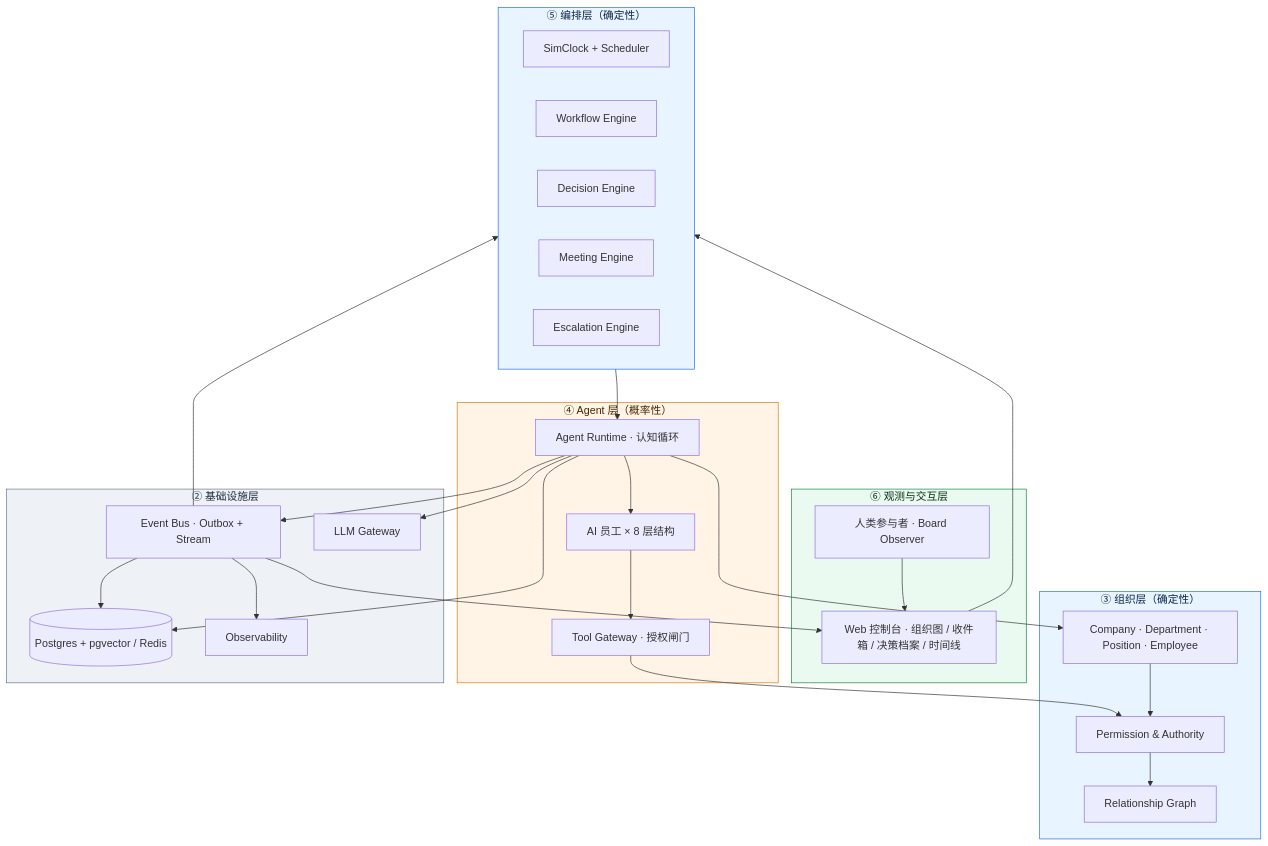
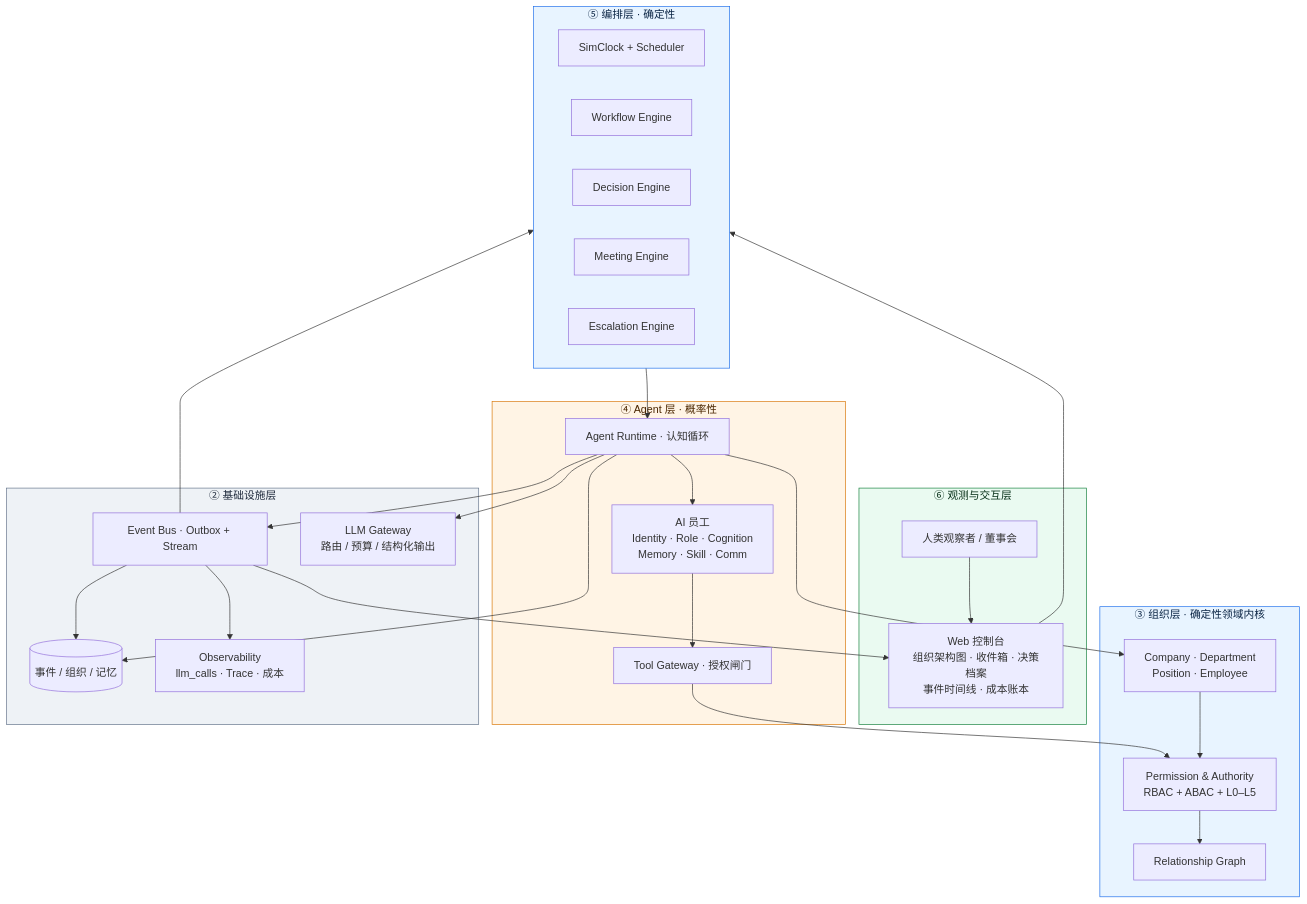
Before and after one commit to cnpetershen/Multi-Agent-Organizational-Emulation-Hub: the first of 2 diagrams in README.md, drawn with Mermaid. The commit also changed other lines of this file, not shown here.

````diff
--- a/README.md
+++ b/README.md
@@ -72,53 +76,58 @@
 ```mermaid
 flowchart TB
     subgraph OBS["⑥ 观测与交互层"]
-        WEB["Web 控制台 · 组织图 / 收件箱 / 决策档案 / 时间线"]
-        HUMAN["人类参与者 · Board Observer"]
+        WEB["Web 控制台<br/>组织架构图 · 收件箱 · 决策档案<br/>事件时间线 · 成本账本"]
+        HUMAN["人类观察者 / 董事会"]
     end
-    subgraph ORC["⑤ 编排层（确定性）"]
+
+    subgraph ORC["⑤ 编排层 · 确定性"]
         CLK["SimClock + Scheduler"]
         WF["Workflow Engine"]
         DEC["Decision Engine"]
         MTG["Meeting Engine"]
         ESC["Escalation Engine"]
     end
-    subgraph AGT["④ Agent 层（概率性）"]
+
+    subgraph AGT["④ Agent 层 · 概率性"]
         RT["Agent Runtime · 认知循环"]
-        AG["AI 员工 × 8 层结构"]
+        AG["AI 员工<br/>Identity · Role · Cognition<br/>Memory · Skill · Comm"]
         TG["Tool Gateway · 授权闸门"]
     end
-    subgraph ORG["③ 组织层（确定性）"]
-        O1["Company · Department · Position · Employee"]
-        O2["Permission & Authority"]
+
+    subgraph ORG["③ 组织层 · 确定性领域内核"]
+        O1["Company · Department<br/>Position · Employee"]
+        O2["Permission & Authority<br/>RBAC + ABAC + L0–L5"]
         O3["Relationship Graph"]
     end
+
     subgraph INF["② 基础设施层"]
         BUS["Event Bus · Outbox + Stream"]
-        DB[("Postgres + pgvector / Redis")]
-        LLM["LLM Gateway"]
-        OBSV["Observability"]
+        DB[("事件 / 组织 / 记忆")]
+        LLM["LLM Gateway<br/>路由 / 预算 / 结构化输出"]
+        OBSV["Observability<br/>llm_calls · Trace · 成本"]
     end
+
     WEB --> ORC
     HUMAN --> WEB
     ORC --> RT
     RT --> AG --> TG
     TG --> O2
     RT --> O1
     RT --> DB
     RT --> LLM
     RT --> BUS
     O1 --> O2 --> O3
     BUS --> DB
     BUS --> ORC
     BUS --> WEB
     BUS --> OBSV
 
     classDef det fill:#e8f4ff,stroke:#1f6feb,color:#0b2545
     classDef prob fill:#fff4e5,stroke:#d97706,color:#4a2600
     classDef infra fill:#eef2f6,stroke:#64748b,color:#1e293b
     classDef obs fill:#eafaf1,stroke:#15803d,color:#052e16
     class ORC,ORG det
     class AGT prob
     class INF infra
     class OBS obs
 ```
````
